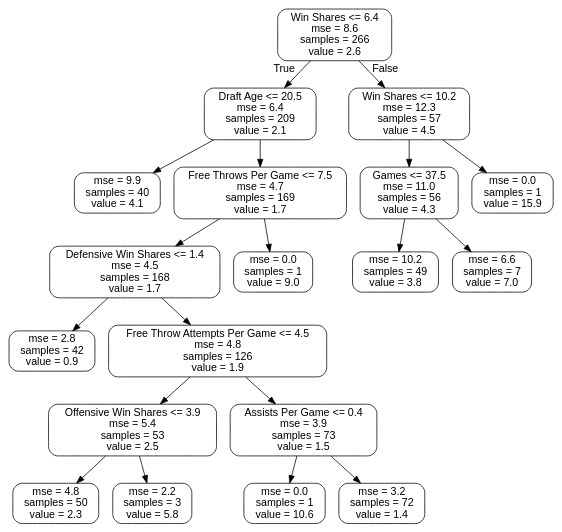
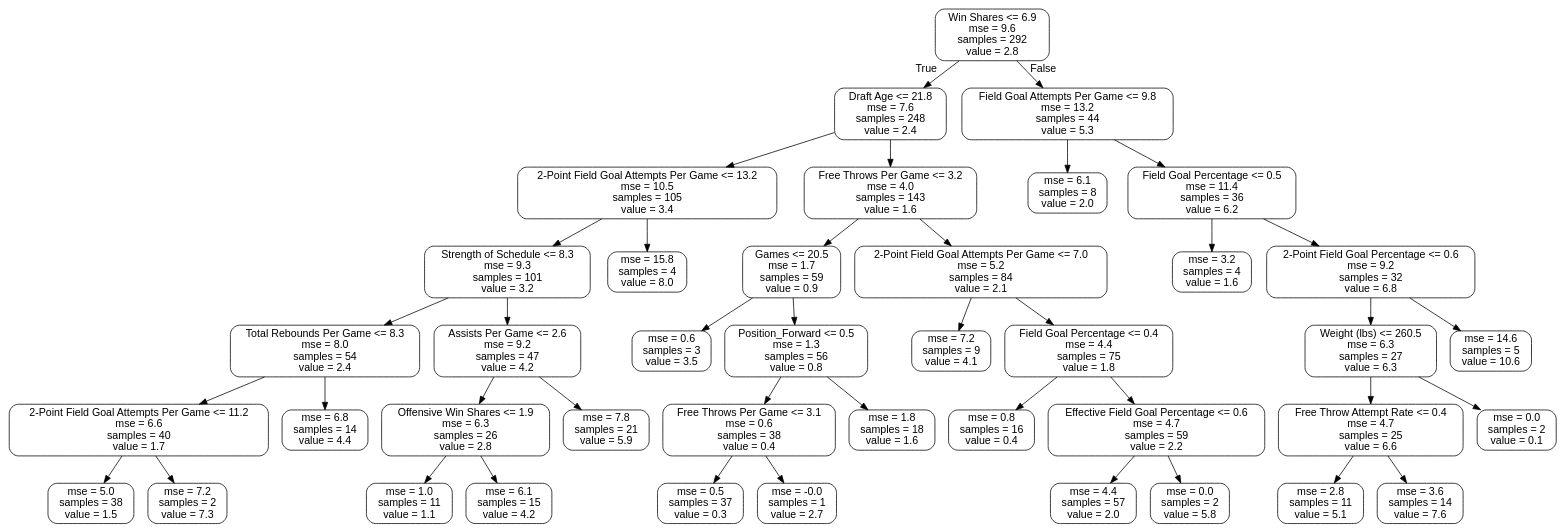
One commit to aagibbons/NBA_WS_ML changed the diagram in tree2.dot. Above: the diagram before and after it, drawn with Graphviz. The commit also changed 3 other files, not shown here.

```diff
--- a/tree2.dot
+++ b/tree2.dot
@@ -1,41 +1,85 @@
 digraph Tree {
 node [shape=box, style="rounded", color="black", fontname=helvetica] ;
 edge [fontname=helvetica] ;
-0 [label="Win Shares <= 6.4\nmse = 8.6\nsamples = 266\nvalue = 2.6"] ;
-1 [label="Draft Age <= 20.5\nmse = 6.4\nsamples = 209\nvalue = 2.1"] ;
+0 [label="Win Shares <= 6.9\nmse = 9.6\nsamples = 292\nvalue = 2.8"] ;
+1 [label="Draft Age <= 21.8\nmse = 7.6\nsamples = 248\nvalue = 2.4"] ;
 0 -> 1 [labeldistance=2.5, labelangle=45, headlabel="True"] ;
-2 [label="mse = 9.9\nsamples = 40\nvalue = 4.1"] ;
+2 [label="2-Point Field Goal Attempts Per Game <= 13.2\nmse = 10.5\nsamples = 105\nvalue = 3.4"] ;
 1 -> 2 ;
-3 [label="Free Throws Per Game <= 7.5\nmse = 4.7\nsamples = 169\nvalue = 1.7"] ;
-1 -> 3 ;
-4 [label="Defensive Win Shares <= 1.4\nmse = 4.5\nsamples = 168\nvalue = 1.7"] ;
+3 [label="Strength of Schedule <= 8.3\nmse = 9.3\nsamples = 101\nvalue = 3.2"] ;
+2 -> 3 ;
+4 [label="Total Rebounds Per Game <= 8.3\nmse = 8.0\nsamples = 54\nvalue = 2.4"] ;
 3 -> 4 ;
-5 [label="mse = 2.8\nsamples = 42\nvalue = 0.9"] ;
+5 [label="2-Point Field Goal Attempts Per Game <= 11.2\nmse = 6.6\nsamples = 40\nvalue = 1.7"] ;
 4 -> 5 ;
-6 [label="Free Throw Attempts Per Game <= 4.5\nmse = 4.8\nsamples = 126\nvalue = 1.9"] ;
-4 -> 6 ;
-7 [label="Offensive Win Shares <= 3.9\nmse = 5.4\nsamples = 53\nvalue = 2.5"] ;
-6 -> 7 ;
-8 [label="mse = 4.8\nsamples = 50\nvalue = 2.3"] ;
-7 -> 8 ;
-9 [label="mse = 2.2\nsamples = 3\nvalue = 5.8"] ;
-7 -> 9 ;
-10 [label="Assists Per Game <= 0.4\nmse = 3.9\nsamples = 73\nvalue = 1.5"] ;
-6 -> 10 ;
-11 [label="mse = 0.0\nsamples = 1\nvalue = 10.6"] ;
+6 [label="mse = 5.0\nsamples = 38\nvalue = 1.5"] ;
+5 -> 6 ;
+7 [label="mse = 7.2\nsamples = 2\nvalue = 7.3"] ;
+5 -> 7 ;
+8 [label="mse = 6.8\nsamples = 14\nvalue = 4.4"] ;
+4 -> 8 ;
+9 [label="Assists Per Game <= 2.6\nmse = 9.2\nsamples = 47\nvalue = 4.2"] ;
+3 -> 9 ;
+10 [label="Offensive Win Shares <= 1.9\nmse = 6.3\nsamples = 26\nvalue = 2.8"] ;
+9 -> 10 ;
+11 [label="mse = 1.0\nsamples = 11\nvalue = 1.1"] ;
 10 -> 11 ;
-12 [label="mse = 3.2\nsamples = 72\nvalue = 1.4"] ;
+12 [label="mse = 6.1\nsamples = 15\nvalue = 4.2"] ;
 10 -> 12 ;
-13 [label="mse = 0.0\nsamples = 1\nvalue = 9.0"] ;
-3 -> 13 ;
-14 [label="Win Shares <= 10.2\nmse = 12.3\nsamples = 57\nvalue = 4.5"] ;
-0 -> 14 [labeldistance=2.5, labelangle=-45, headlabel="False"] ;
-15 [label="Games <= 37.5\nmse = 11.0\nsamples = 56\nvalue = 4.3"] ;
-14 -> 15 ;
-16 [label="mse = 10.2\nsamples = 49\nvalue = 3.8"] ;
+13 [label="mse = 7.8\nsamples = 21\nvalue = 5.9"] ;
+9 -> 13 ;
+14 [label="mse = 15.8\nsamples = 4\nvalue = 8.0"] ;
+2 -> 14 ;
+15 [label="Free Throws Per Game <= 3.2\nmse = 4.0\nsamples = 143\nvalue = 1.6"] ;
+1 -> 15 ;
+16 [label="Games <= 20.5\nmse = 1.7\nsamples = 59\nvalue = 0.9"] ;
 15 -> 16 ;
-17 [label="mse = 6.6\nsamples = 7\nvalue = 7.0"] ;
-15 -> 17 ;
-18 [label="mse = 0.0\nsamples = 1\nvalue = 15.9"] ;
-14 -> 18 ;
+17 [label="mse = 0.6\nsamples = 3\nvalue = 3.5"] ;
+16 -> 17 ;
+18 [label="Position_Forward <= 0.5\nmse = 1.3\nsamples = 56\nvalue = 0.8"] ;
+16 -> 18 ;
+19 [label="Free Throws Per Game <= 3.1\nmse = 0.6\nsamples = 38\nvalue = 0.4"] ;
+18 -> 19 ;
+20 [label="mse = 0.5\nsamples = 37\nvalue = 0.3"] ;
+19 -> 20 ;
+21 [label="mse = -0.0\nsamples = 1\nvalue = 2.7"] ;
+19 -> 21 ;
+22 [label="mse = 1.8\nsamples = 18\nvalue = 1.6"] ;
+18 -> 22 ;
+23 [label="2-Point Field Goal Attempts Per Game <= 7.0\nmse = 5.2\nsamples = 84\nvalue = 2.1"] ;
+15 -> 23 ;
+24 [label="mse = 7.2\nsamples = 9\nvalue = 4.1"] ;
+23 -> 24 ;
+25 [label="Field Goal Percentage <= 0.4\nmse = 4.4\nsamples = 75\nvalue = 1.8"] ;
+23 -> 25 ;
+26 [label="mse = 0.8\nsamples = 16\nvalue = 0.4"] ;
+25 -> 26 ;
+27 [label="Effective Field Goal Percentage <= 0.6\nmse = 4.7\nsamples = 59\nvalue = 2.2"] ;
+25 -> 27 ;
+28 [label="mse = 4.4\nsamples = 57\nvalue = 2.0"] ;
+27 -> 28 ;
+29 [label="mse = 0.0\nsamples = 2\nvalue = 5.8"] ;
+27 -> 29 ;
+30 [label="Field Goal Attempts Per Game <= 9.8\nmse = 13.2\nsamples = 44\nvalue = 5.3"] ;
+0 -> 30 [labeldistance=2.5, labelangle=-45, headlabel="False"] ;
+31 [label="mse = 6.1\nsamples = 8\nvalue = 2.0"] ;
+30 -> 31 ;
+32 [label="Field Goal Percentage <= 0.5\nmse = 11.4\nsamples = 36\nvalue = 6.2"] ;
+30 -> 32 ;
+33 [label="mse = 3.2\nsamples = 4\nvalue = 1.6"] ;
+32 -> 33 ;
+34 [label="2-Point Field Goal Percentage <= 0.6\nmse = 9.2\nsamples = 32\nvalue = 6.8"] ;
+32 -> 34 ;
+35 [label="Weight (lbs) <= 260.5\nmse = 6.3\nsamples = 27\nvalue = 6.3"] ;
+34 -> 35 ;
+36 [label="Free Throw Attempt Rate <= 0.4\nmse = 4.7\nsamples = 25\nvalue = 6.6"] ;
+35 -> 36 ;
+37 [label="mse = 2.8\nsamples = 11\nvalue = 5.1"] ;
+36 -> 37 ;
+38 [label="mse = 3.6\nsamples = 14\nvalue = 7.6"] ;
+36 -> 38 ;
+39 [label="mse = 0.0\nsamples = 2\nvalue = 0.1"] ;
+35 -> 39 ;
+40 [label="mse = 14.6\nsamples = 5\nvalue = 10.6"] ;
+34 -> 40 ;
 }
```
